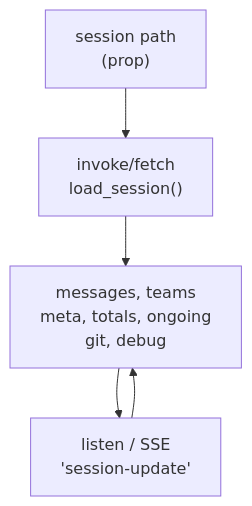
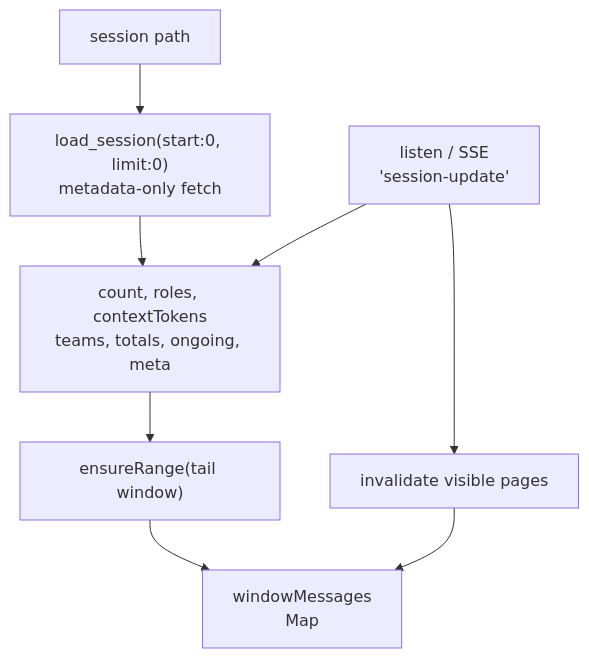
The third of 14 diagrams in specs/05-frontend-web.md (delexw/claude-code-trace), drawn with Mermaid before and after one commit. The commit also changed other lines of this file and 35 other files, not shown here.

First line of the commit message:
perf: virtualize message list and fix session-view memory growth (#182)

````diff
--- a/specs/05-frontend-web.md
+++ b/specs/05-frontend-web.md
@@ -77,8 +79,11 @@
 ```mermaid
 flowchart TD
-    PATH["session path\n(prop)"]
-    PATH --> LOAD["invoke/fetch\nload_session()"]
-    LOAD --> STATE["messages, teams\nmeta, totals, ongoing\ngit, debug"]
-    STATE --> LISTEN["listen / SSE\n'session-update'"]
-    LISTEN --> STATE
+    PATH["session path"]
+    PATH --> META["load_session(start:0, limit:0)\nmetadata-only fetch"]
+    META --> STATE["count, roles, contextTokens\nteams, totals, ongoing, meta"]
+    STATE --> PRIME["ensureRange(tail window)"]
+    PRIME --> WINDOW["windowMessages\nMap<index, DisplayMessage>"]
+    LISTEN["listen / SSE\n'session-update'"] --> STATE
+    LISTEN --> INVALIDATE["invalidate visible pages"]
+    INVALIDATE --> WINDOW
 ```
````
